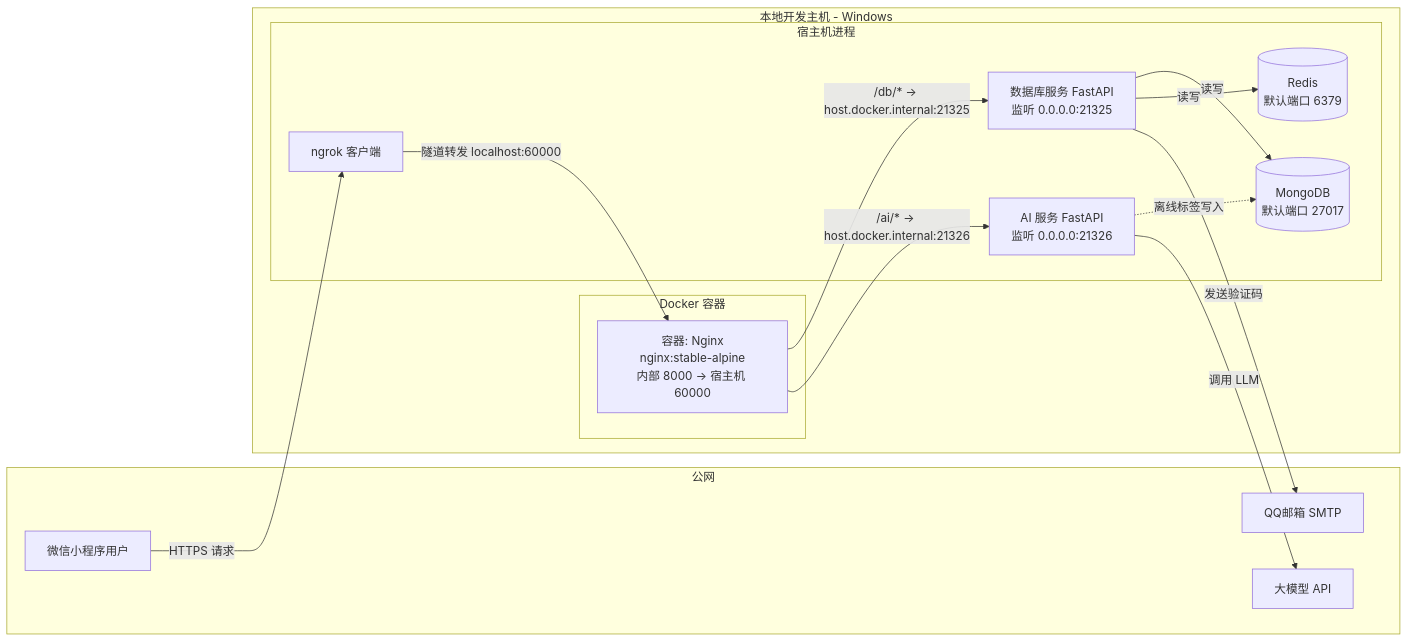
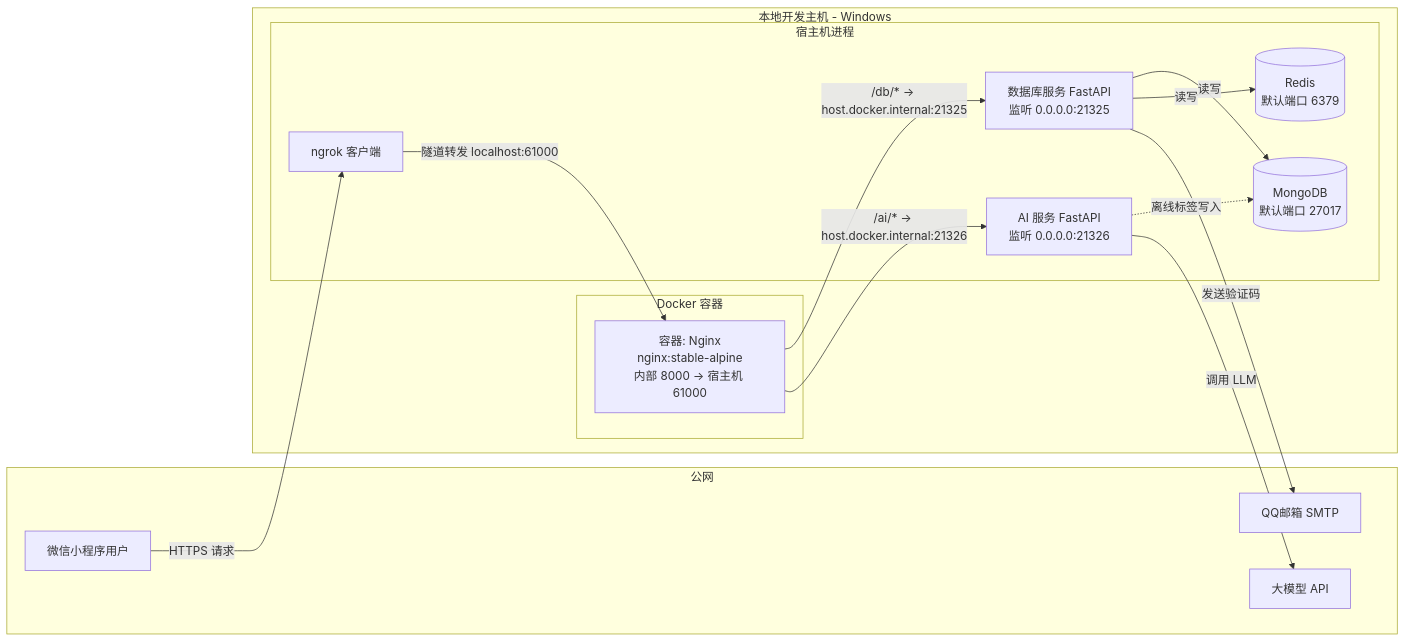
The second of 2 diagrams in 微信小程序/期末作业/文档/微信小程序后端系统架构设计文档.md (yandifei/study), drawn with Mermaid before and after one commit. The commit also changed other lines of this file and 1 other file, not shown here.

````diff
--- a/微信小程序/期末作业/文档/微信小程序后端系统架构设计文档.md
+++ b/微信小程序/期末作业/文档/微信小程序后端系统架构设计文档.md
@@ -261,33 +261,33 @@
 ```mermaid
 flowchart LR
     subgraph Internet [公网]
         User[微信小程序用户]
         EmailSMTP[QQ邮箱 SMTP]
         LLM_API[大模型 API]
     end
 
     subgraph LocalHost [本地开发主机 - Windows]
         subgraph Docker [Docker 容器]
-            NginxContainer[容器: Nginx<br/>nginx:stable-alpine<br/>内部 8000 → 宿主机 60000]
+            NginxContainer[容器: Nginx<br/>nginx:stable-alpine<br/>内部 8000 → 宿主机 61000]
         end
 
         subgraph Host_Process [宿主机进程]
             Ngrok[ngrok 客户端]
             DBService[数据库服务 FastAPI<br/>监听 0.0.0.0:21325]
             AIService[AI 服务 FastAPI<br/>监听 0.0.0.0:21326]
             MongoDB[(MongoDB<br/>默认端口 27017)]
             Redis[(Redis<br/>默认端口 6379)]
         end
     end
 
     User -->|HTTPS 请求| Ngrok
-    Ngrok -->|隧道转发 localhost:60000| NginxContainer
+    Ngrok -->|隧道转发 localhost:61000| NginxContainer
     NginxContainer -->|/db/* → host.docker.internal:21325| DBService
     NginxContainer -->|/ai/* → host.docker.internal:21326| AIService
 
     DBService -->|读写| MongoDB
     DBService -->|读写| Redis
     DBService -->|发送验证码| EmailSMTP
     AIService -.->|离线标签写入| MongoDB
     AIService -->|调用 LLM| LLM_API
 ```
````
